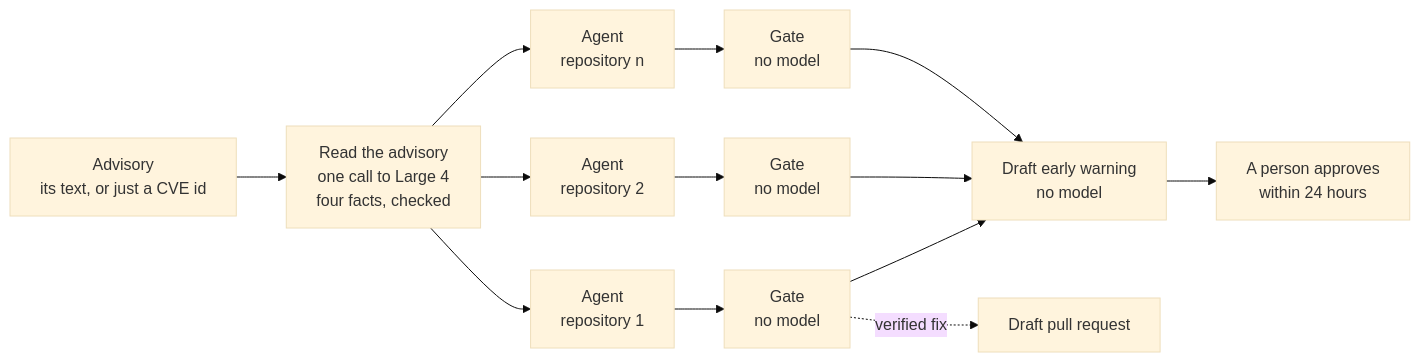
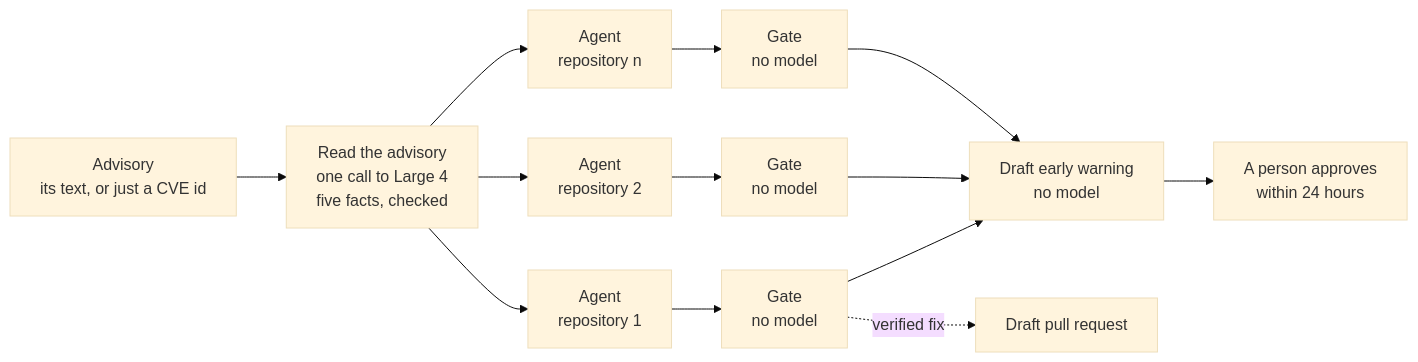
One commit to KTKAW/MistralHackerthonNov26 changed the diagram in README.md. Above: the diagram before and after it, drawn with Mermaid (base theme). The commit also changed other lines of this file, not shown here.

Commit message:
README: five advisory facts, the gate's rule on the suite, and where the contract lives

````diff
--- a/README.md
+++ b/README.md
@@ -22,15 +22,15 @@
 ```mermaid
 flowchart LR
-    A["Advisory<br/>its text, or just a CVE id"] --> B["Read the advisory<br/>one call to Large 4<br/>four facts, checked"]
+    A["Advisory<br/>its text, or just a CVE id"] --> B["Read the advisory<br/>one call to Large 4<br/>five facts, checked"]
     B --> C1["Agent<br/>repository 1"]
     B --> C2["Agent<br/>repository 2"]
     B --> C3["Agent<br/>repository n"]
     C1 --> G1["Gate<br/>no model"]
     C2 --> G2["Gate<br/>no model"]
     C3 --> G3["Gate<br/>no model"]
     G1 --> R["Draft early warning<br/>no model"]
     G2 --> R
     G3 --> R
     G1 -. "verified fix" .-> P["Draft pull request"]
     R --> H["A person approves<br/>within 24 hours"]
 ```
````
